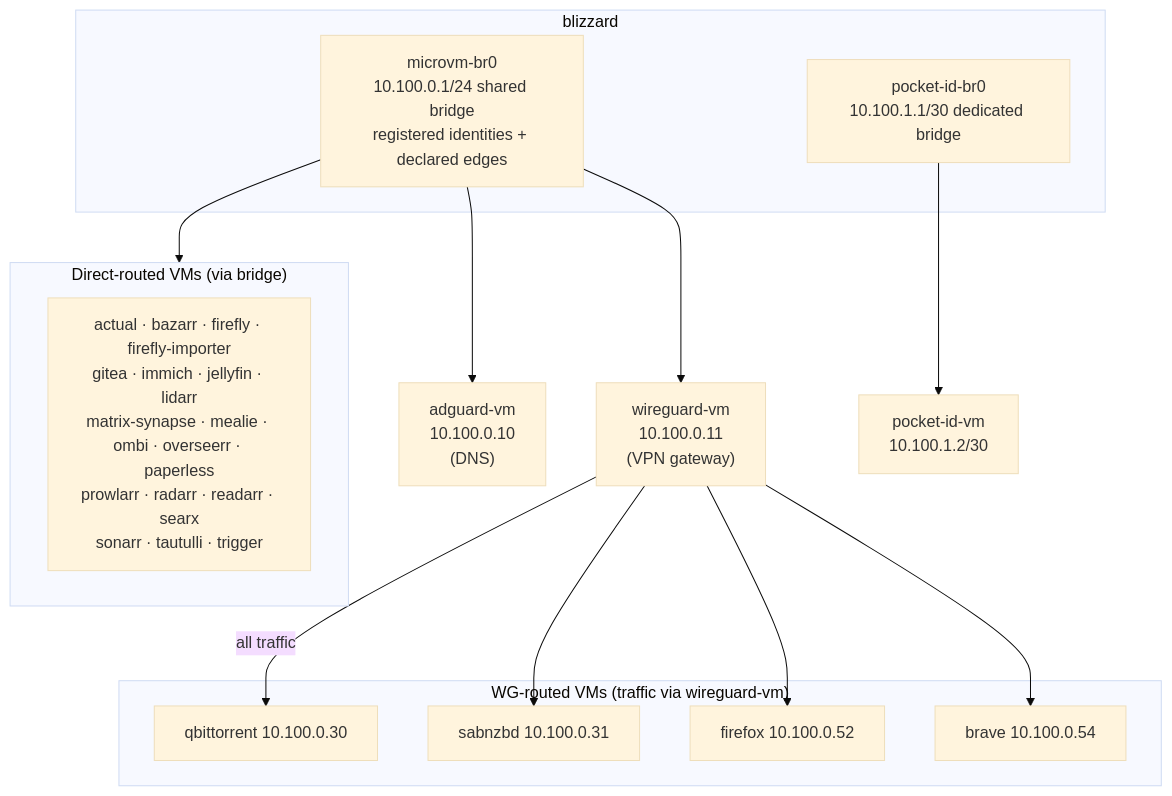
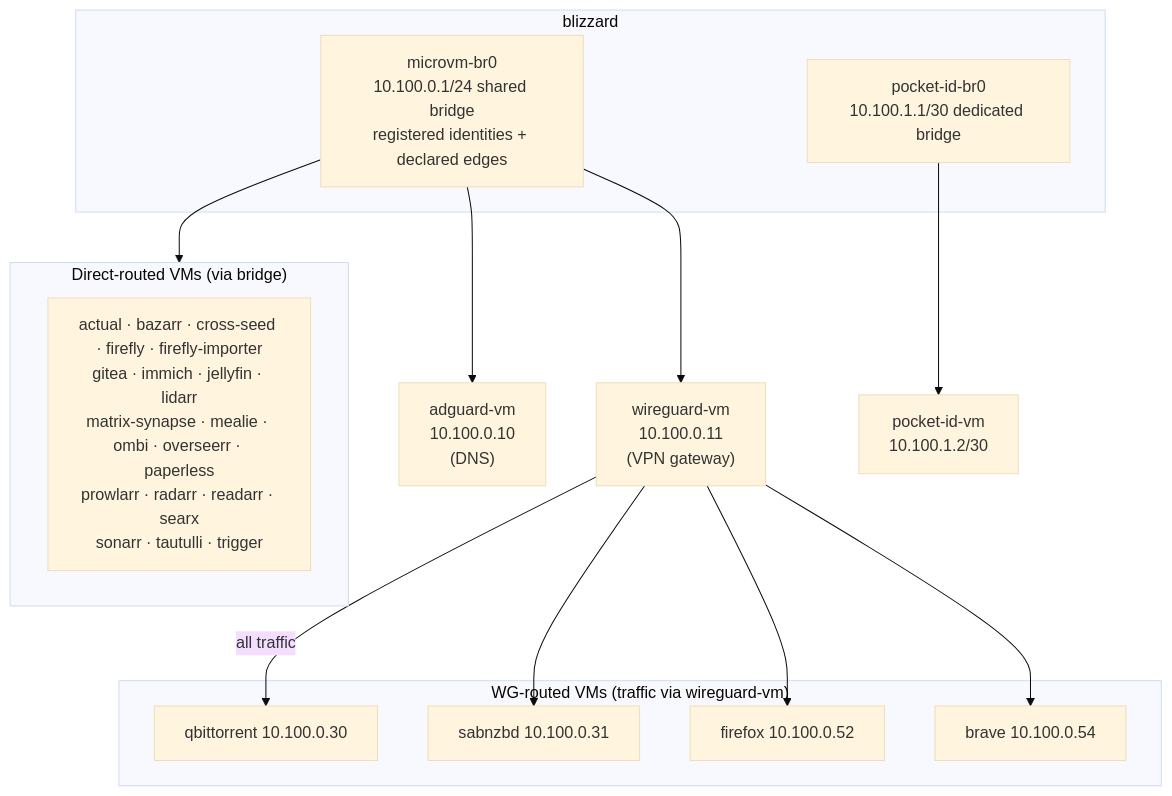
Before and after one commit to telometto/nix-config: the second of 3 diagrams in vms/README.md, drawn with Mermaid (base theme). The commit also changed other lines of this file, not shown here.

Commit message:
update README to include cross-seed VM in configurations and inventory

````diff
--- a/vms/README.md
+++ b/vms/README.md
@@ -33,32 +33,32 @@
 ```mermaid
 flowchart TB
     subgraph host["blizzard"]
         bridge["microvm-br0\n10.100.0.1/24 shared bridge\nregistered identities + declared edges"]
         idbridge["pocket-id-br0\n10.100.1.1/30 dedicated bridge"]
     end
 
     adguard["adguard-vm\n10.100.0.10\n(DNS)"]
     wg["wireguard-vm\n10.100.0.11\n(VPN gateway)"]
 
     subgraph direct["Direct-routed VMs (via bridge)"]
-        d1["actual · bazarr · firefly · firefly-importer\ngitea · immich · jellyfin · lidarr\nmatrix-synapse · mealie · ombi · overseerr · paperless\nprowlarr · radarr · readarr · searx\nsonarr · tautulli · trigger"]
+        d1["actual · bazarr · cross-seed · firefly · firefly-importer\ngitea · immich · jellyfin · lidarr\nmatrix-synapse · mealie · ombi · overseerr · paperless\nprowlarr · radarr · readarr · searx\nsonarr · tautulli · trigger"]
     end
 
     subgraph wgrouted["WG-routed VMs (traffic via wireguard-vm)"]
         w1["qbittorrent 10.100.0.30"]
         w2["sabnzbd 10.100.0.31"]
         w3["firefox 10.100.0.52"]
         w4["brave 10.100.0.54"]
     end
 
     bridge --> adguard
     bridge --> wg
     bridge --> direct
     wg -->|"all traffic"| w1
     wg --> w2
     wg --> w3
     wg --> w4
 
     pocket["pocket-id-vm\n10.100.1.2/30"]
     idbridge --> pocket
 ```
````
